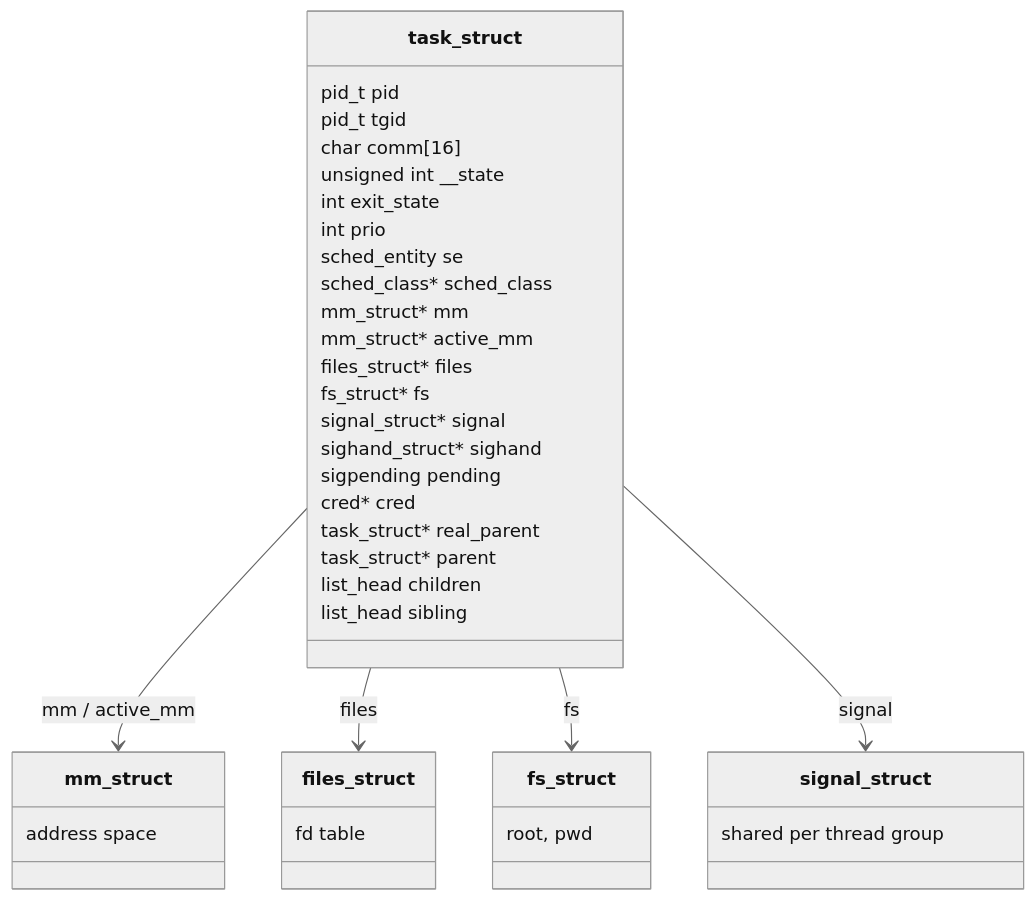
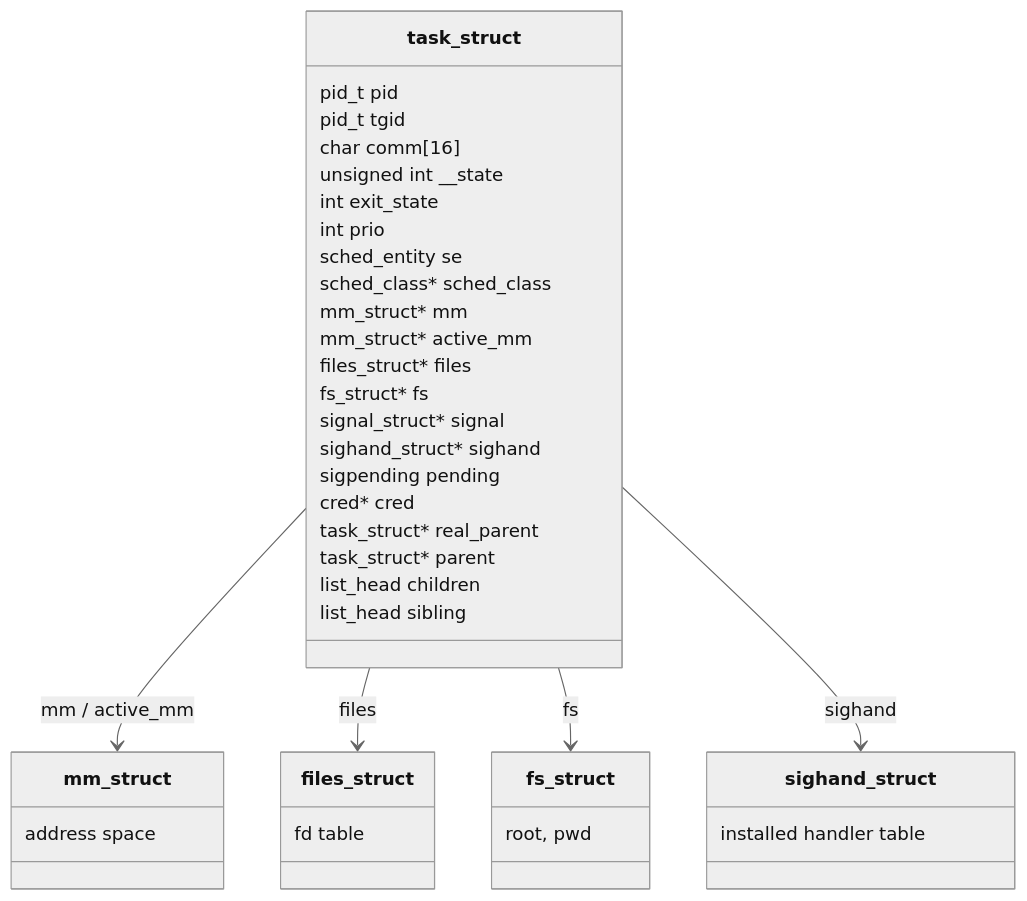
Before and after one commit to AndriiSonsiadlo/knowledge-base: the diagram in docs/linux/06-processes-and-threads/task-struct-the-anatomy-of-a-task.md, drawn with Mermaid (neutral theme). The commit also changed 1 other file, not shown here.

Commit message:
fix: correct task_struct diagram and clone-flags caption mismatches

````diff
--- a/docs/linux/06-processes-and-threads/task-struct-the-anatomy-of-a-task.md
+++ b/docs/linux/06-processes-and-threads/task-struct-the-anatomy-of-a-task.md
@@ -76,42 +76,42 @@
 ```mermaid
 classDiagram
     class task_struct {
         pid_t pid
         pid_t tgid
         char comm[16]
         unsigned int __state
         int exit_state
         int prio
         sched_entity se
         sched_class* sched_class
         mm_struct* mm
         mm_struct* active_mm
         files_struct* files
         fs_struct* fs
         signal_struct* signal
         sighand_struct* sighand
         sigpending pending
         cred* cred
         task_struct* real_parent
         task_struct* parent
         list_head children
         list_head sibling
     }
     class mm_struct {
         address space
     }
     class files_struct {
         fd table
     }
     class fs_struct {
         root, pwd
     }
-    class signal_struct {
-        shared per thread group
+    class sighand_struct {
+        installed handler table
     }
 
     task_struct --> mm_struct : mm / active_mm
     task_struct --> files_struct : files
     task_struct --> fs_struct : fs
-    task_struct --> signal_struct : signal
+    task_struct --> sighand_struct : sighand
 ```
````
